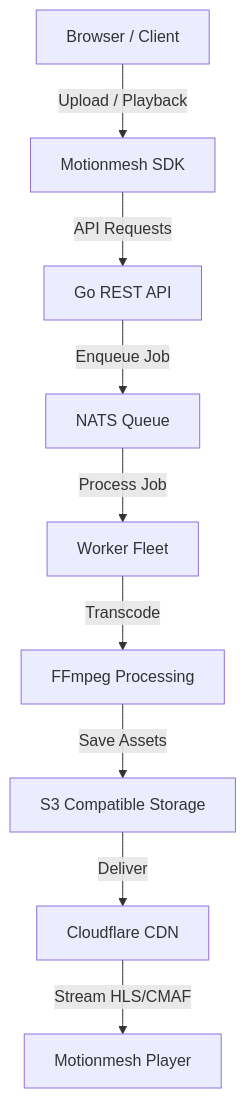
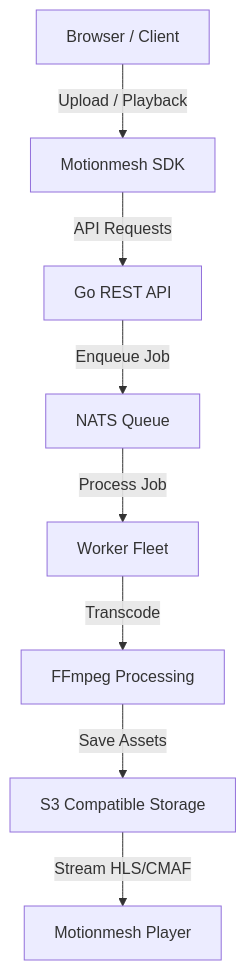
One commit to sanjeev0303/Motionmesh changed the first of 2 diagrams in README.md. Above: the diagram before and after it, drawn with Mermaid. The commit also changed other lines of this file and 39 other files, not shown here.

Commit message:
refactor: remove custom CDN service and worker implementation in favor of direct API storage access

````diff
--- a/README.md
+++ b/README.md
@@ -60,11 +60,10 @@
 ```mermaid
 graph TD
     Browser[Browser / Client] -->|Upload / Playback| SDK[Motionmesh SDK]
     SDK -->|API Requests| API[Go REST API]
     API -->|Enqueue Job| Queue[NATS Queue]
     Queue -->|Process Job| Workers[Worker Fleet]
     Workers -->|Transcode| FFmpeg[FFmpeg Processing]
     FFmpeg -->|Save Assets| Storage[S3 Compatible Storage]
-    Storage -->|Deliver| CDN[Cloudflare CDN]
-    CDN -->|Stream HLS/CMAF| Player[Motionmesh Player]
+    Storage -->|Stream HLS/CMAF| Player[Motionmesh Player]
 ```
````
